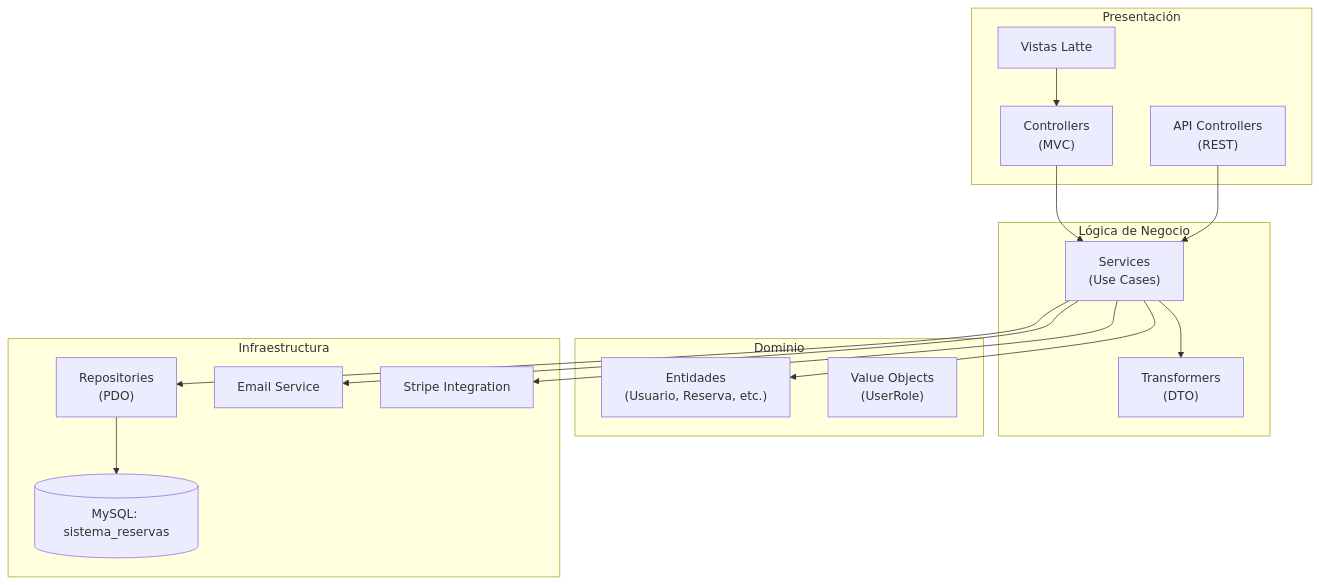
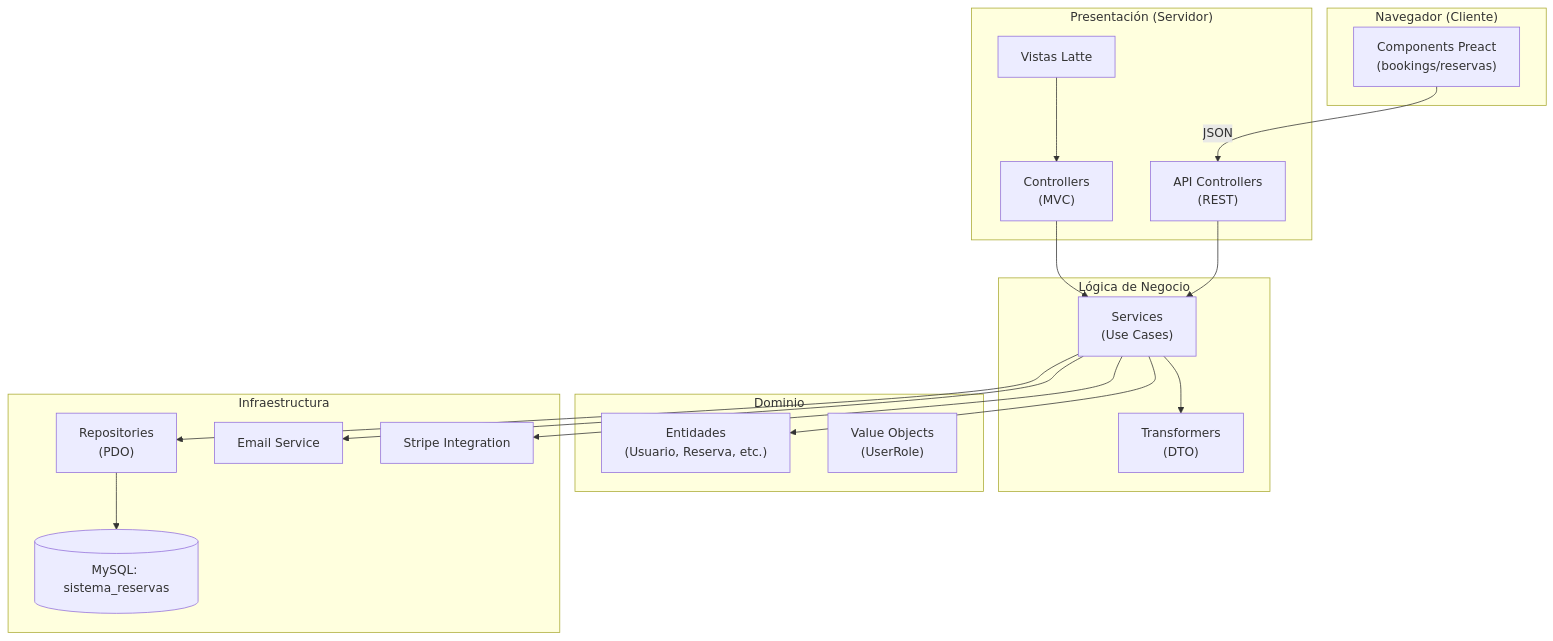
One commit to jlizancandela/proyecto changed the diagram in docs/ARQUITECTURA.md. Above: the diagram before and after it, drawn with Mermaid. The commit also changed other lines of this file and 2 other files, not shown here.

Commit message:
docs: add Preact frontend structure and fix badges

````diff
--- a/docs/ARQUITECTURA.md
+++ b/docs/ARQUITECTURA.md
@@ -21,35 +22,40 @@
 ```mermaid 
 graph TB
-    subgraph Frontend["Presentación"]
+    subgraph Browser["Navegador (Cliente)"]
+        Preact["Components Preact\n(bookings/reservas)"]
+    end
+
+    subgraph Frontend["Presentación (Servidor)"]
         Controller["Controllers\n(MVC)"]
         API["API Controllers\n(REST)"]
         Views["Vistas Latte"]
     end
 
     subgraph Application["Lógica de Negocio"]
         Service["Services\n(Use Cases)"]
         Transformer["Transformers\n(DTO)"]
     end
 
     subgraph Domain["Dominio"]
         Entity["Entidades\n(Usuario, Reserva, etc.)"]
         ValueObj["Value Objects\n(UserRole)"]
     end
 
     subgraph Infrastructure["Infraestructura"]
         Repository["Repositories\n(PDO)"]
         DB[("MySQL: sistema_reservas")]
         Email["Email Service"]
         Payment["Stripe Integration"]
     end
 
+    Preact -->|JSON| API
     Controller --> Service
     API --> Service
     Views --> Controller
     Service --> Repository
     Service --> Entity
     Service --> Transformer
     Repository --> DB
     Service --> Email
     Service --> Payment
 ```
````
